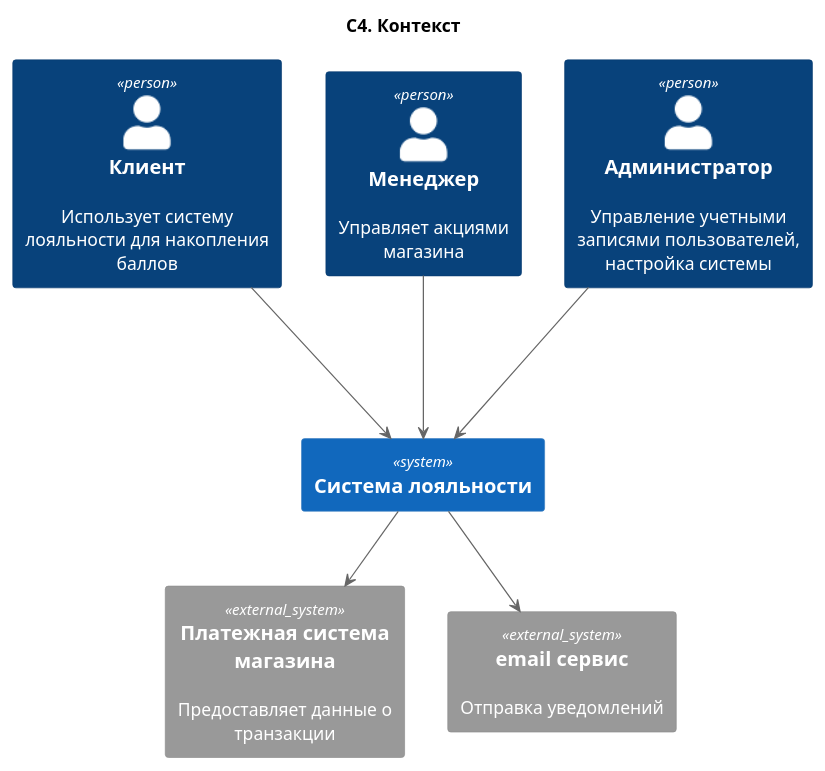
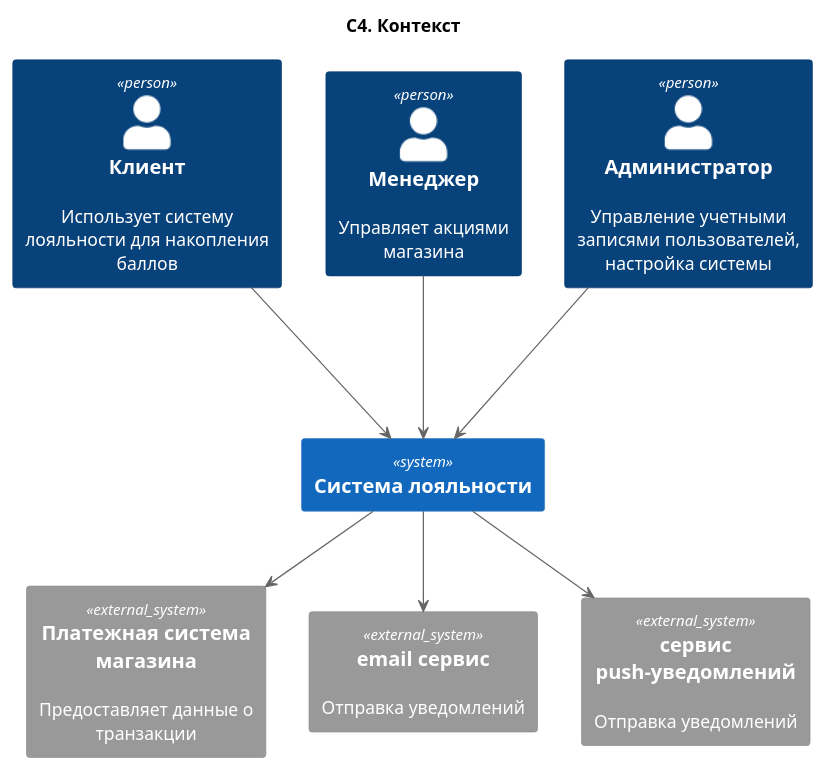
One commit to rakuzzan/project-doc changed the diagram in 2. Технический проект/1_context.puml. Above: the diagram before and after it, drawn with PlantUML. The commit also changed 5 other files, not shown here.

Commit message:
поправил диаграммы, добавил картинки

```diff
--- a/2. Технический проект/1_context.puml
+++ b/2. Технический проект/1_context.puml
@@ -1,20 +1,22 @@
 @startuml
 title "C4. Контекст"
 
 !include <C4/C4_Container>
 
 Person(Client, "Клиент", "Использует систему лояльности для накопления баллов")
 Person(Manager, "Менеджер", "Управляет акциями магазина")
 Person(Admin, "Администратор", "Управление учетными записями пользователей, настройка системы")
 
 System(loyaltySystem, "Система лояльности")
 Client ---> loyaltySystem
 Manager ---> loyaltySystem
 Admin ---> loyaltySystem
 
 System_Ext(storeApi, "Платежная система магазина", "Предоставляет данные о транзакции")
 System_Ext(emailService, "email сервис", "Отправка уведомлений")
+System_Ext(pushService, "сервис push-уведомлений", "Отправка уведомлений")
 
 loyaltySystem --> storeApi
 loyaltySystem --> emailService
+loyaltySystem --> pushService
 @enduml
```
